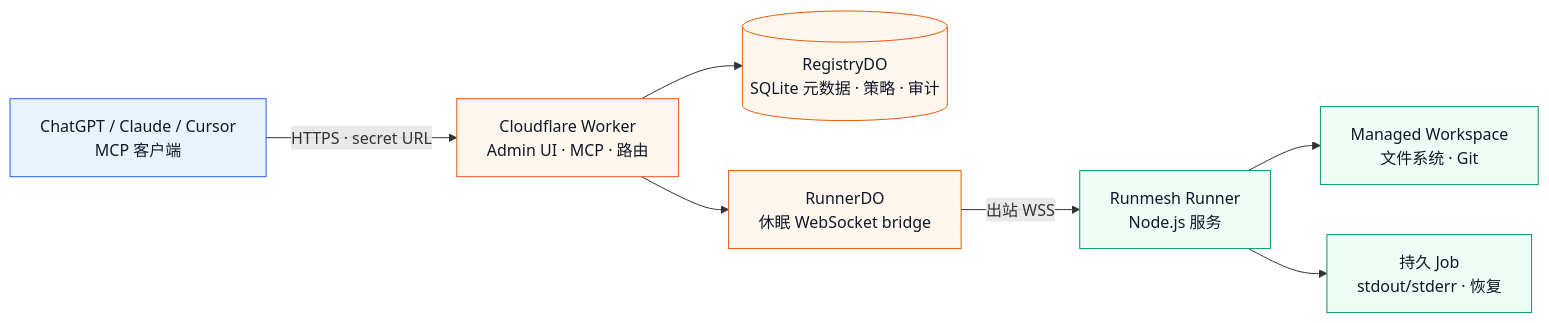
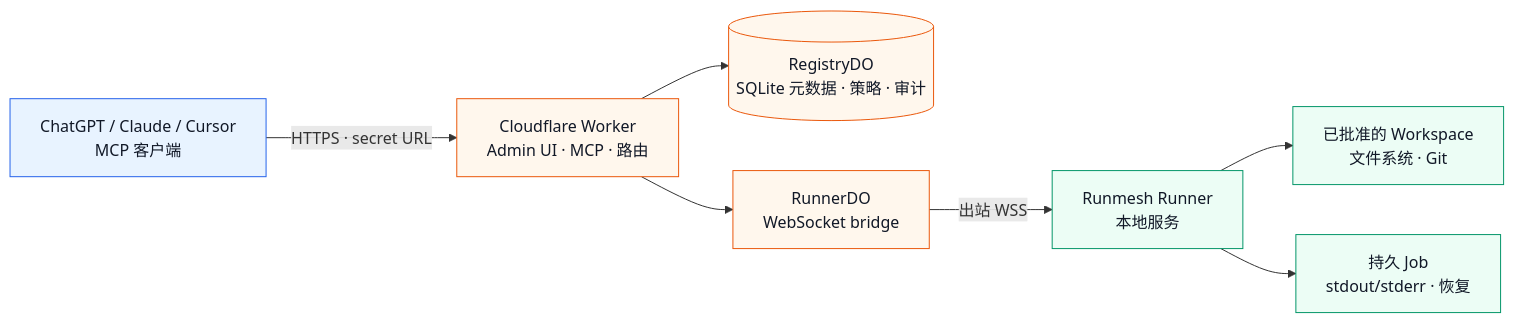
Before and after one commit to aloneio/runmesh: the diagram in README.zh-CN.md, drawn with Mermaid. The commit also changed other lines of this file and 1 other file, not shown here.

````diff
--- a/README.zh-CN.md
+++ b/README.zh-CN.md
@@ -63,16 +84,16 @@
 ```mermaid
 flowchart LR
     Client["ChatGPT / Claude / Cursor<br/>MCP 客户端"] -->|HTTPS · secret URL| Worker["Cloudflare Worker<br/>Admin UI · MCP · 路由"]
     Worker --> Registry[("RegistryDO<br/>SQLite 元数据 · 策略 · 审计")]
-    Worker --> RunnerDO["RunnerDO<br/>休眠 WebSocket bridge"]
-    RunnerDO -->|出站 WSS| Runner["Runmesh Runner<br/>Node.js 服务"]
-    Runner --> Workspace["Managed Workspace<br/>文件系统 · Git"]
+    Worker --> RunnerDO["RunnerDO<br/>WebSocket bridge"]
+    RunnerDO -->|出站 WSS| Runner["Runmesh Runner<br/>本地服务"]
+    Runner --> Workspace["已批准的 Workspace<br/>文件系统 · Git"]
     Runner --> Jobs["持久 Job<br/>stdout/stderr · 恢复"]
 
     classDef edge fill:#e8f3ff,stroke:#2563eb,color:#111827
     classDef control fill:#fff7ed,stroke:#ea580c,color:#111827
     classDef local fill:#ecfdf5,stroke:#059669,color:#111827
     class Client edge
     class Worker,Registry,RunnerDO control
     class Runner,Workspace,Jobs local
 ```
````
